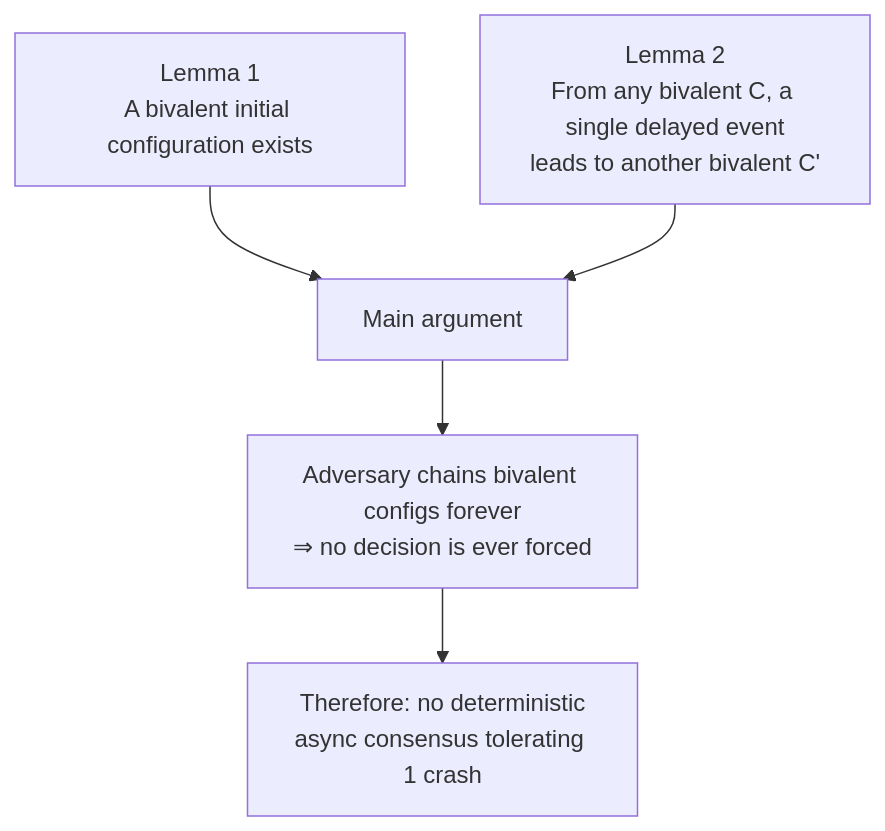
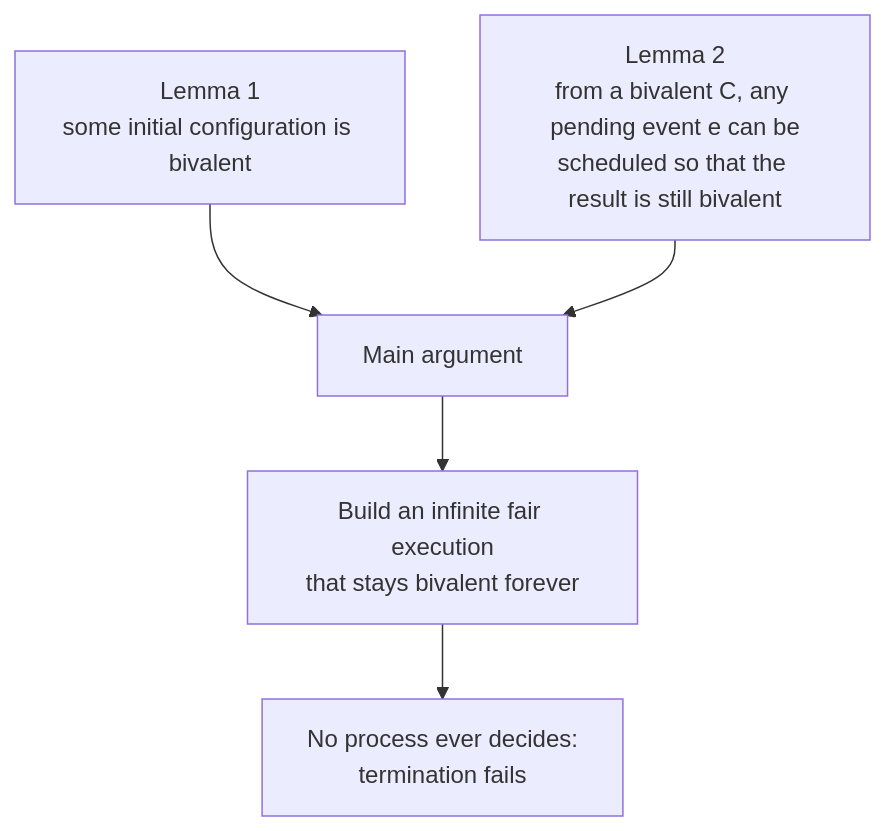
One commit to AndrewAltimit/Documentation changed the first of 6 diagrams in github-pages/docs/advanced/distributed-systems-theory.md. Above: the diagram before and after it, drawn with Mermaid. The commit also changed other lines of this file and 240 other files, not shown here.

````diff
--- a/github-pages/docs/advanced/distributed-systems-theory.md
+++ b/github-pages/docs/advanced/distributed-systems-theory.md
@@ -75,7 +81,7 @@
 ```mermaid
 flowchart TD
-    L1["Lemma 1<br/>A bivalent initial configuration exists"] --> M["Main argument"]
-    L2["Lemma 2<br/>From any bivalent C, a single delayed event<br/>leads to another bivalent C'"] --> M
-    M --> R["Adversary chains bivalent configs forever<br/>&rArr; no decision is ever forced"]
-    R --> T["Therefore: no deterministic<br/>async consensus tolerating 1 crash"]
+    L1["Lemma 1<br/>some initial configuration is bivalent"] --> M["Main argument"]
+    L2["Lemma 2<br/>from a bivalent C, any pending event e can be<br/>scheduled so that the result is still bivalent"] --> M
+    M --> R["Build an infinite fair execution<br/>that stays bivalent forever"]
+    R --> T["No process ever decides:<br/>termination fails"]
 ```
````
